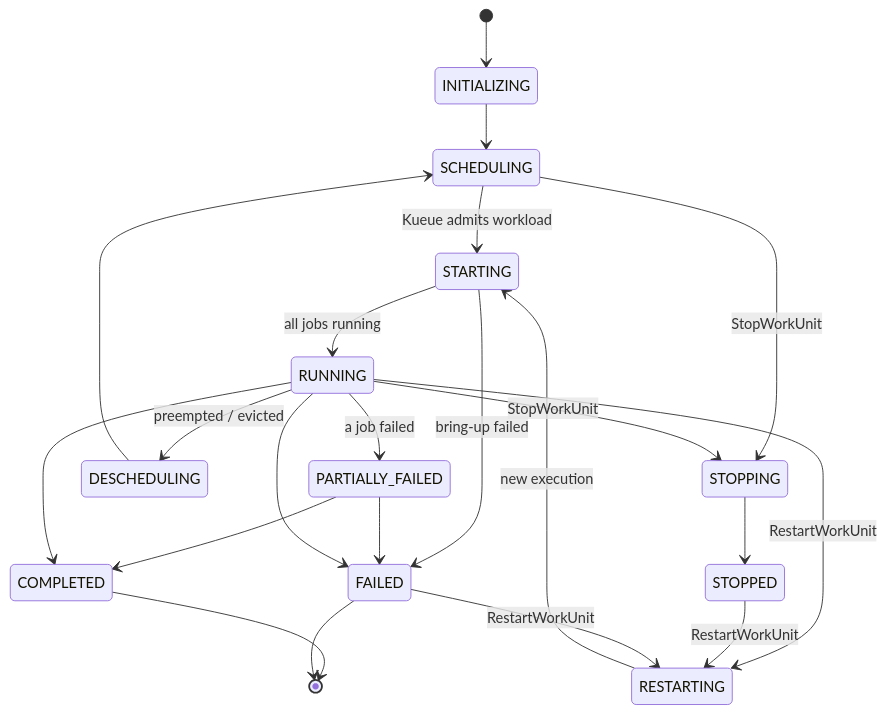
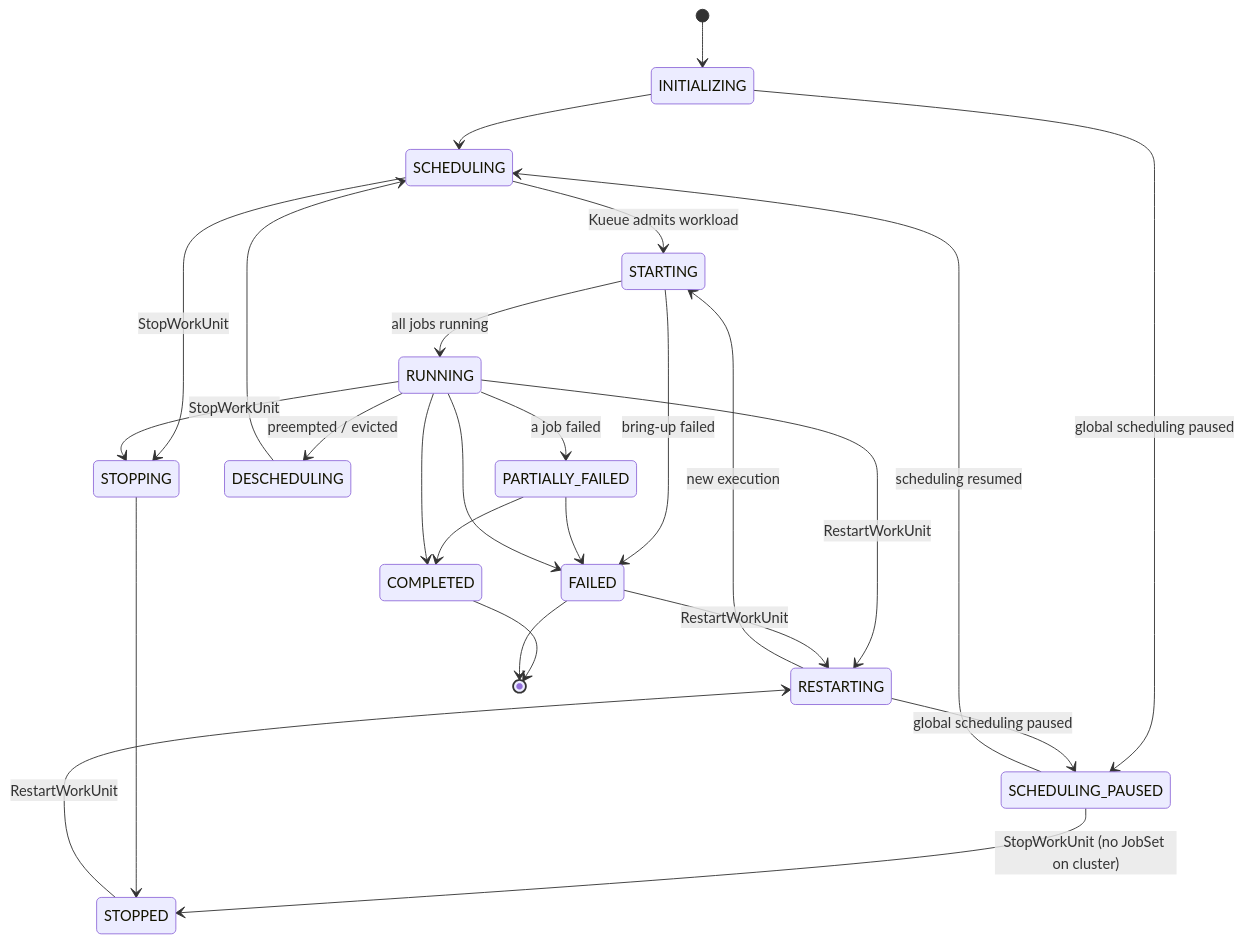
One commit to google/xmc changed the second of 2 diagrams in docs/architecture/execution_model.md. Above: the diagram before and after it, drawn with Mermaid. The commit also changed other lines of this file and 11 other files, not shown here.

First line of the commit message:
docs: document pause scheduling across architecture, flow, and deployment guides

````diff
--- a/docs/architecture/execution_model.md
+++ b/docs/architecture/execution_model.md
@@ -78,30 +79,34 @@
 ```mermaid
 stateDiagram-v2
     [*] --> INITIALIZING
     INITIALIZING --> SCHEDULING
+    INITIALIZING --> SCHEDULING_PAUSED: global scheduling paused
+    SCHEDULING_PAUSED --> SCHEDULING: scheduling resumed
     SCHEDULING --> STARTING: Kueue admits workload
     STARTING --> RUNNING: all jobs running
     STARTING --> FAILED: bring-up failed
 
     RUNNING --> PARTIALLY_FAILED: a job failed
     PARTIALLY_FAILED --> FAILED
     PARTIALLY_FAILED --> COMPLETED
 
     RUNNING --> DESCHEDULING: preempted / evicted
     DESCHEDULING --> SCHEDULING
 
     RUNNING --> COMPLETED
     RUNNING --> FAILED
 
     SCHEDULING --> STOPPING: StopWorkUnit
     RUNNING --> STOPPING: StopWorkUnit
+    SCHEDULING_PAUSED --> STOPPED: StopWorkUnit (no JobSet on cluster)
     STOPPING --> STOPPED
 
     RUNNING --> RESTARTING: RestartWorkUnit
     STOPPED --> RESTARTING: RestartWorkUnit
     FAILED --> RESTARTING: RestartWorkUnit
     RESTARTING --> STARTING: new execution
+    RESTARTING --> SCHEDULING_PAUSED: global scheduling paused
 
     COMPLETED --> [*]
     FAILED --> [*]
 ```
````
